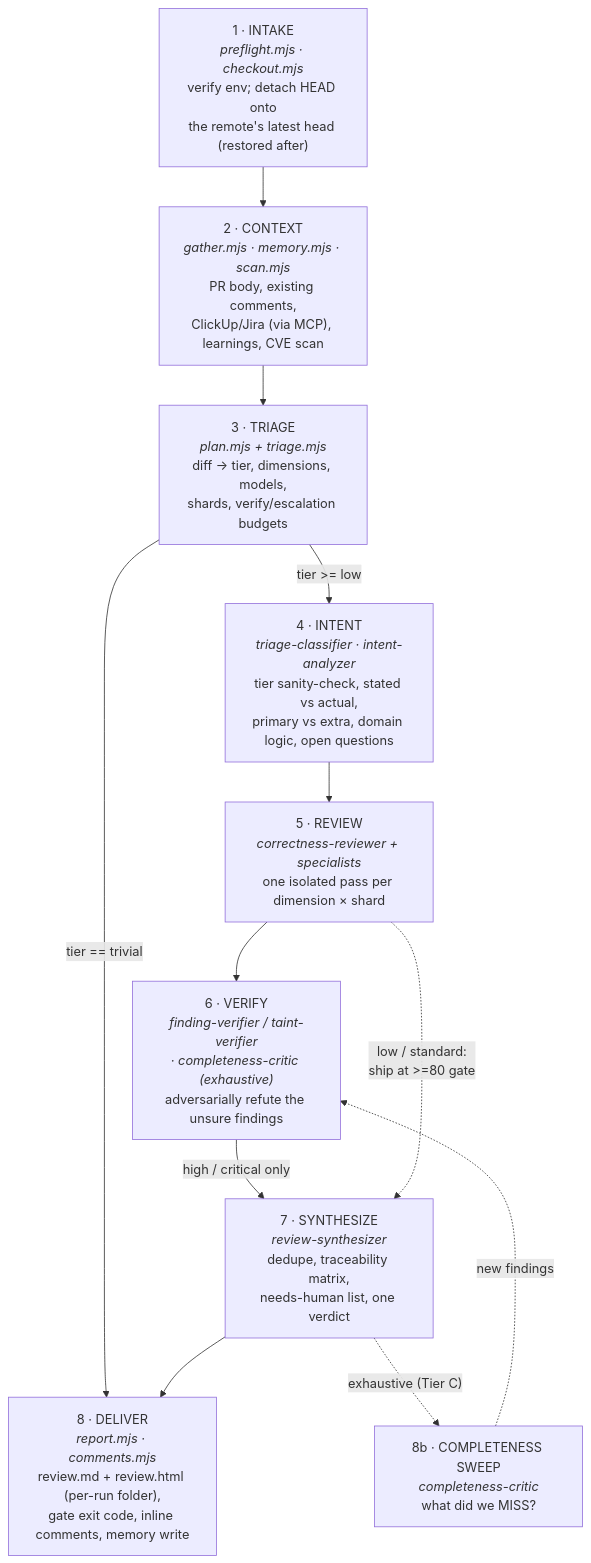
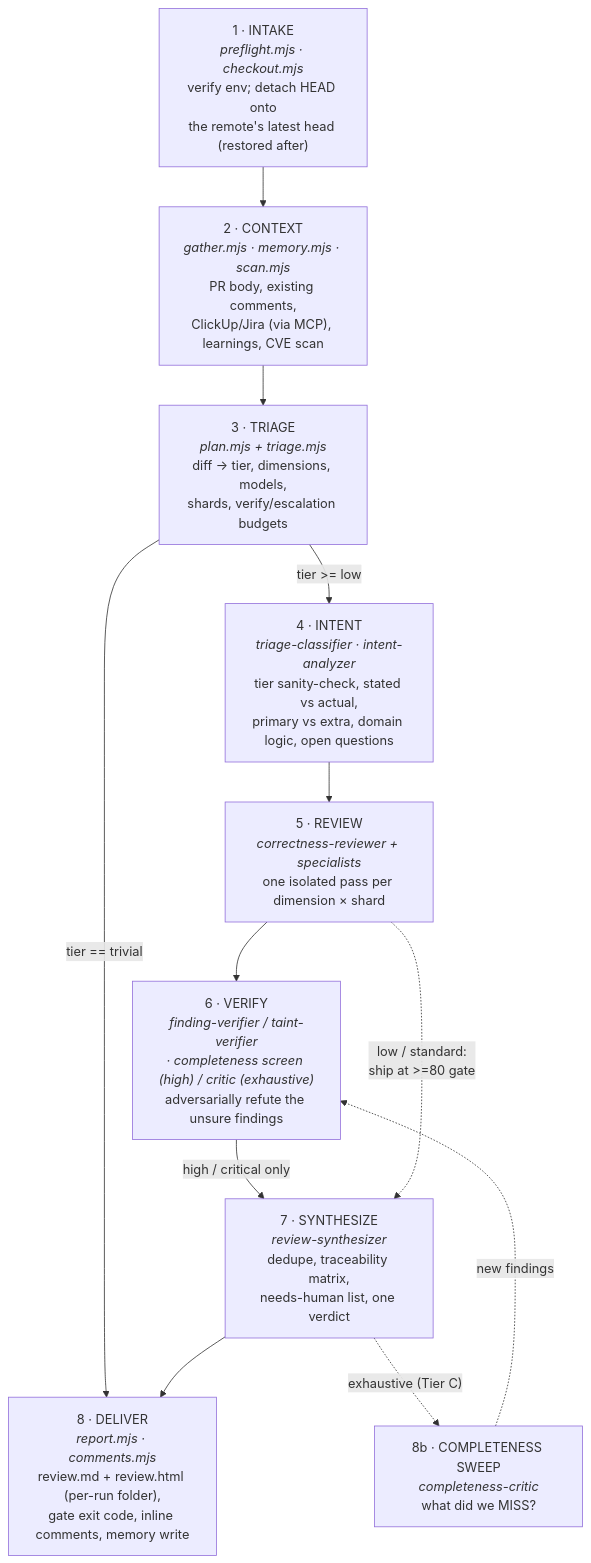
Before and after one commit to Tahmid12Khan/agentic-workflows: the second of 8 diagrams in docs/ARCHITECTURE.md, drawn with Mermaid. The commit also changed other lines of this file and 20 other files, not shown here.

````diff
--- a/docs/ARCHITECTURE.md
+++ b/docs/ARCHITECTURE.md
@@ -61,20 +61,20 @@
 ```mermaid
 flowchart TD
   A["1 · INTAKE<br/><i>preflight.mjs · checkout.mjs</i><br/>verify env; detach HEAD onto<br/>the remote's latest head (restored after)"]
   B["2 · CONTEXT<br/><i>gather.mjs · memory.mjs · scan.mjs</i><br/>PR body, existing comments,<br/>ClickUp/Jira (via MCP), learnings, CVE scan"]
   C["3 · TRIAGE<br/><i>plan.mjs + triage.mjs</i><br/>diff → tier, dimensions, models,<br/>shards, verify/escalation budgets"]
   D["4 · INTENT<br/><i>triage-classifier · intent-analyzer</i><br/>tier sanity-check, stated vs actual,<br/>primary vs extra, domain logic, open questions"]
   E["5 · REVIEW<br/><i>correctness-reviewer + specialists</i><br/>one isolated pass per dimension × shard"]
-  F["6 · VERIFY<br/><i>finding-verifier / taint-verifier<br/>· completeness-critic (exhaustive)</i><br/>adversarially refute the unsure findings"]
+  F["6 · VERIFY<br/><i>finding-verifier / taint-verifier<br/>· completeness screen (high) / critic (exhaustive)</i><br/>adversarially refute the unsure findings"]
   G["7 · SYNTHESIZE<br/><i>review-synthesizer</i><br/>dedupe, traceability matrix,<br/>needs-human list, one verdict"]
   H["8 · DELIVER<br/><i>report.mjs · comments.mjs</i><br/>review.md + review.html (per-run folder),<br/>gate exit code, inline comments, memory write"]
 
   A --> B --> C
   C -->|"tier == trivial"| H
   C -->|"tier >= low"| D --> E --> F
   F -->|"high / critical only"| G
   E -.->|"low / standard:<br/>ship at >=80 gate"| G
   G --> H
   G -.->|"exhaustive (Tier C)"| X["8b · COMPLETENESS SWEEP<br/><i>completeness-critic</i><br/>what did we MISS?"]
   X -.->|new findings| F
 ```
````
